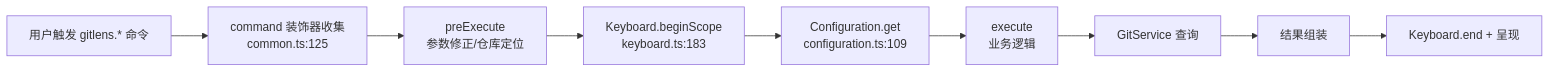
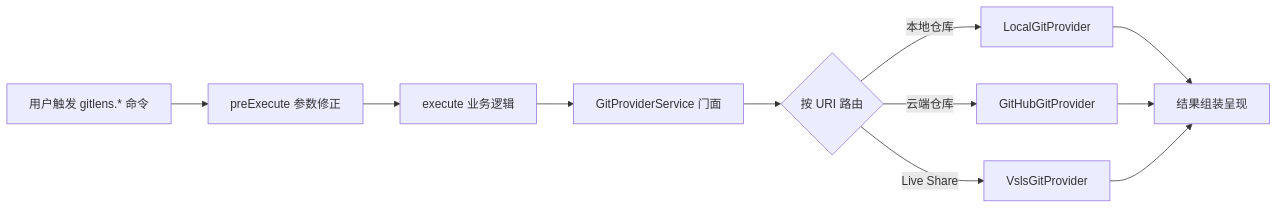
The eighth of 10 diagrams in domain/software_analysis/vscode_gitlens.analysis.md (PirsLee/documents), drawn with Mermaid before and after one commit. The commit also changed other lines of this file, not shown here.

````diff
--- a/domain/software_analysis/vscode_gitlens.analysis.md
+++ b/domain/software_analysis/vscode_gitlens.analysis.md
@@ -392,11 +463,13 @@
 ```mermaid
 flowchart LR
-    A[用户触发 gitlens.* 命令] --> B[command 装饰器收集<br/>common.ts:125]
-    B --> C[preExecute<br/>参数修正/仓库定位]
-    C --> D[Keyboard.beginScope<br/>keyboard.ts:183]
-    D --> E[Configuration.get<br/>configuration.ts:109]
-    E --> F[execute<br/>业务逻辑]
-    F --> G[GitService 查询]
-    G --> H[结果组装]
-    H --> I[Keyboard.end + 呈现]
+    A[用户触发 gitlens.* 命令] --> B[preExecute 参数修正]
+    B --> C[execute 业务逻辑]
+    C --> D[GitProviderService 门面]
+    D --> E{按 URI 路由}
+    E -->|本地仓库| F[LocalGitProvider]
+    E -->|云端仓库| G[GitHubGitProvider]
+    E -->|Live Share| H[VslsGitProvider]
+    F --> I[结果组装呈现]
+    G --> I
+    H --> I
 ```
````
